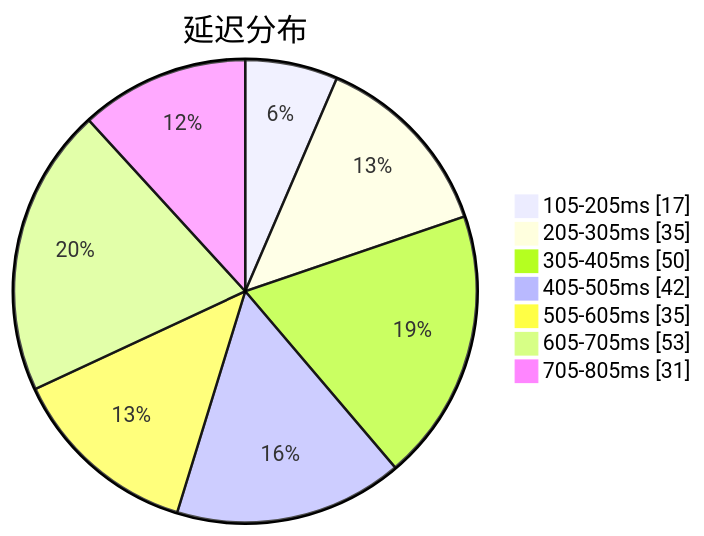
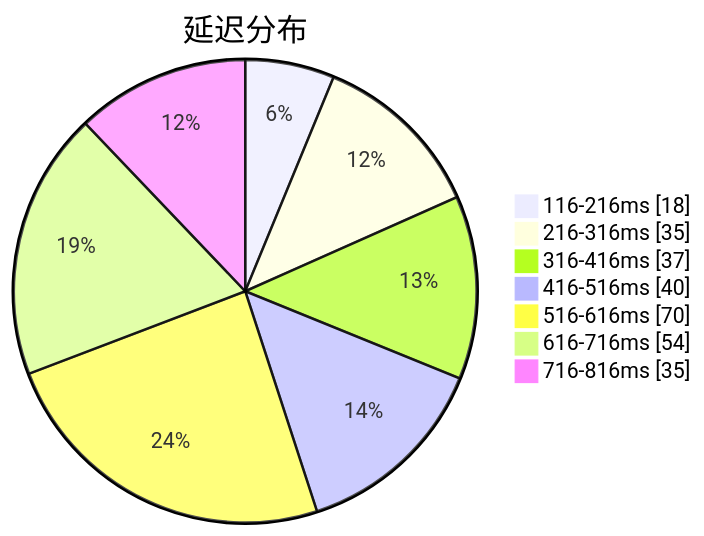
Before and after one commit to sinspired/airport: the first of 3 diagrams in subs/statistics/tested_within.md, drawn with Mermaid. The commit also changed other lines of this file and 2 other files, not shown here.

````diff
--- a/subs/statistics/tested_within.md
+++ b/subs/statistics/tested_within.md
@@ -2,11 +2,11 @@
 ```mermaid
 pie showData
 title 延迟分布
-"105-205ms" : 17
-"205-305ms" : 35
-"305-405ms" : 50
-"405-505ms" : 42
-"505-605ms" : 35
-"605-705ms" : 53
-"705-805ms" : 31
+"116-216ms" : 18
+"216-316ms" : 35
+"316-416ms" : 37
+"416-516ms" : 40
+"516-616ms" : 70
+"616-716ms" : 54
+"716-816ms" : 35
 ```
````
